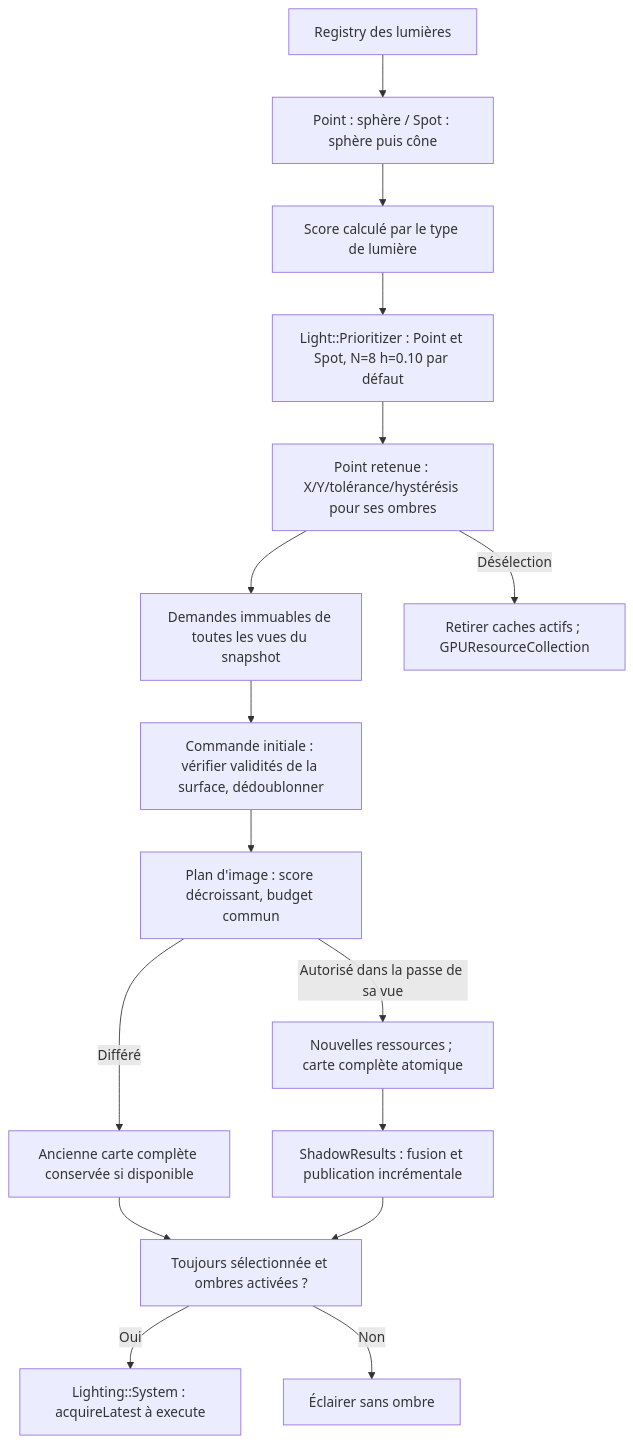
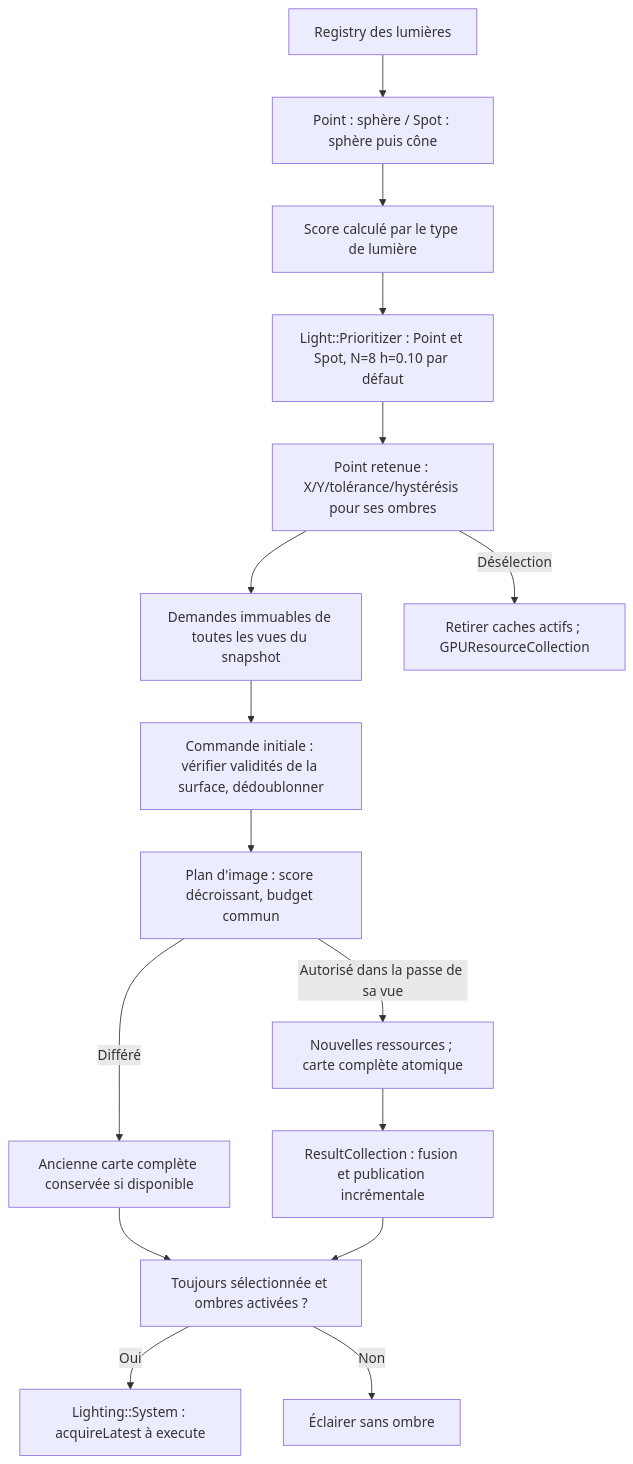
One commit to EreliaStudio/Sparkle changed diagram 19 of 20 in docs/voxel-engine-v0.1.4/08-lumieres-et-ombres.md. Above: the diagram before and after it, drawn with Mermaid. The commit also changed other lines of this file and 5 other files, not shown here.

Commit message:
docs(PR21): use ShadowMap::Result and ResultCollection terminology

````diff
--- a/docs/voxel-engine-v0.1.4/08-lumieres-et-ombres.md
+++ b/docs/voxel-engine-v0.1.4/08-lumieres-et-ombres.md
@@ -754,18 +754,18 @@
 ```mermaid
 flowchart TD
   Registry["Registry des lumières"] --> Volume["Point : sphère / Spot : sphère puis cône"]
   Volume --> Score["Score calculé par le type de lumière"]
   Score --> Prior["Light::Prioritizer : Point et Spot, N=8 h=0.10 par défaut"]
   Prior --> Shadow["Point retenue : X/Y/tolérance/hystérésis pour ses ombres"]
   Shadow --> Requests["Demandes immuables de toutes les vues du snapshot"]
   Requests --> Prepare["Commande initiale : vérifier validités de la surface, dédoublonner"]
   Prepare --> Budget["Plan d'image : score décroissant, budget commun"]
   Budget -->|"Autorisé dans la passe de sa vue"| New["Nouvelles ressources ; carte complète atomique"]
-  New --> Publish["ShadowResults : fusion et publication incrémentale"]
+  New --> Publish["ResultCollection : fusion et publication incrémentale"]
   Budget -->|"Différé"| Old["Ancienne carte complète conservée si disponible"]
   Old --> Gate["Toujours sélectionnée et ombres activées ?"]
   Publish --> Gate
   Gate -->|"Oui"| Read["Lighting::System : acquireLatest à execute"]
   Gate -->|"Non"| Off["Éclairer sans ombre"]
   Shadow -->|"Désélection"| Evict["Retirer caches actifs ; GPUResourceCollection"]
 ```
````
